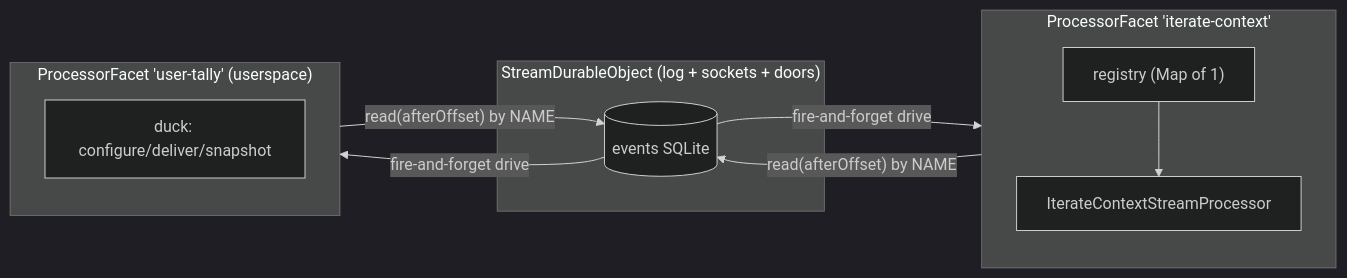
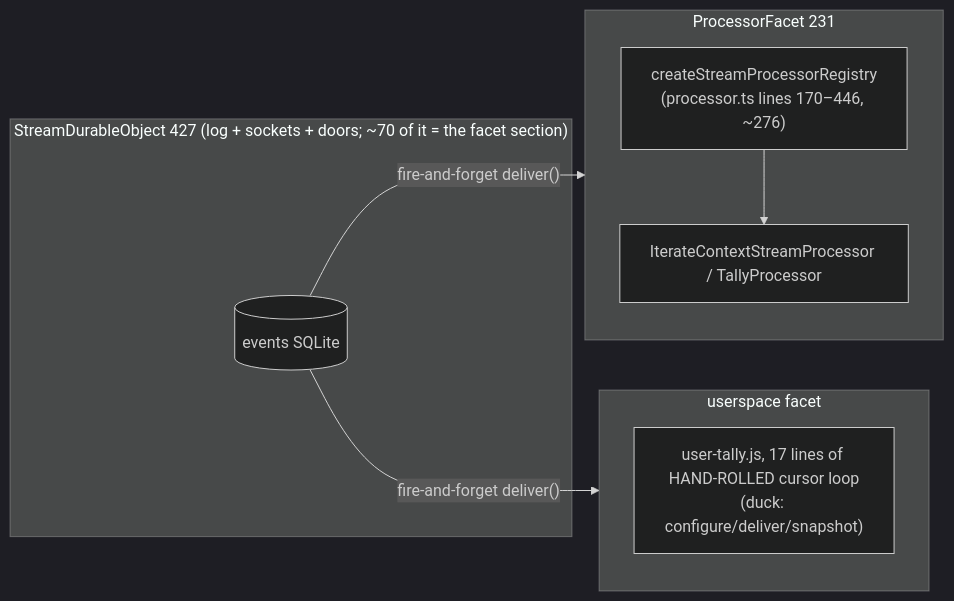
Before and after one commit to iterate/iterate: the diagram in apps/os/docs/simplification/wayfinder/innermost-core/processors-jam.md, drawn with Mermaid (dark theme). The commit also changed other lines of this file, not shown here.

````diff
--- a/apps/os/docs/simplification/wayfinder/innermost-core/processors-jam.md
+++ b/apps/os/docs/simplification/wayfinder/innermost-core/processors-jam.md
@@ -15,16 +10,14 @@
 ```mermaid
 flowchart LR
-  subgraph parent["StreamDurableObject (log + sockets + doors)"]
+  subgraph parent["StreamDurableObject 427 (log + sockets + doors; ~70 of it = the facet section)"]
     log[(events SQLite)]
   end
-  subgraph facetA["ProcessorFacet 'iterate-context'"]
-    regA["registry (Map of 1)"] --> pA["IterateContextStreamProcessor"]
+  subgraph facetA["ProcessorFacet 231"]
+    regA["createStreamProcessorRegistry\n(processor.ts lines 170–446, ~276)"] --> pA["IterateContextStreamProcessor / TallyProcessor"]
   end
-  subgraph facetB["ProcessorFacet 'user-tally' (userspace)"]
-    duck["duck: configure/deliver/snapshot"]
+  subgraph facetB["userspace facet"]
+    duck["user-tally.js, 17 lines of HAND-ROLLED cursor loop\n(duck: configure/deliver/snapshot)"]
   end
-  log -- "fire-and-forget drive" --> facetA
-  log -- "fire-and-forget drive" --> facetB
-  facetA -- "read(afterOffset) by NAME" --> log
-  facetB -- "read(afterOffset) by NAME" --> log
+  log -- "fire-and-forget deliver()" --> facetA
+  log -- "fire-and-forget deliver()" --> facetB
 ```
````
